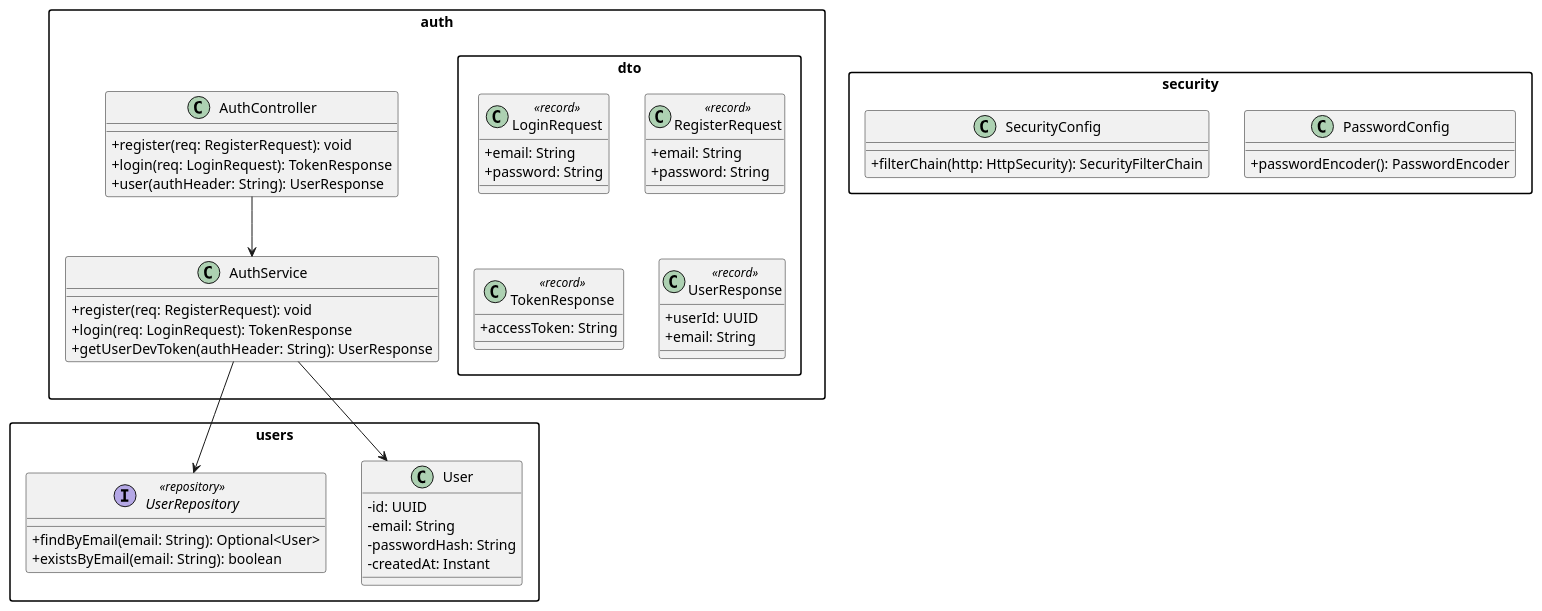
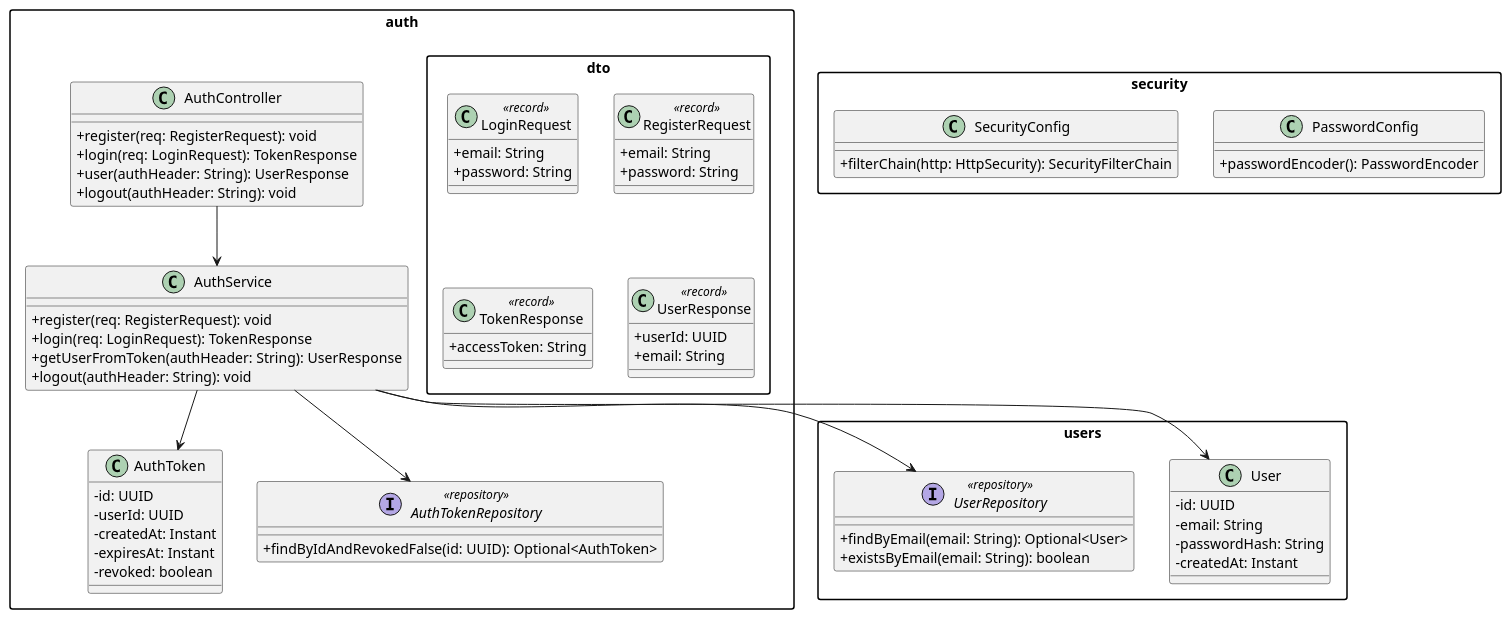
One commit to NicholasRamirez/mergedatingapp changed the diagram in mergedatingapp/src/documentation/MergeAuthUserSecurityClass.puml. Above: the diagram before and after it, drawn with PlantUML. The commit also changed 16 other files, not shown here.

Commit message:
Updated Token for login/logout for backend/frontend + Updated Documentation + Updated test classes

```diff
--- a/mergedatingapp/src/documentation/MergeAuthUserSecurityClass.puml
+++ b/mergedatingapp/src/documentation/MergeAuthUserSecurityClass.puml
@@ -1,64 +1,80 @@
 @startuml
 skinparam packageStyle rectangle
 skinparam classAttributeIconSize 0
 
 package "auth" {
   class AuthController {
     +register(req: RegisterRequest): void
     +login(req: LoginRequest): TokenResponse
     +user(authHeader: String): UserResponse
+    +logout(authHeader: String): void
   }
 
   class AuthService {
     +register(req: RegisterRequest): void
     +login(req: LoginRequest): TokenResponse
-    +getUserDevToken(authHeader: String): UserResponse
+    +getUserFromToken(authHeader: String): UserResponse
+    +logout(authHeader: String): void
+  }
+
+  class AuthToken {
+    -id: UUID
+    -userId: UUID
+    -createdAt: Instant
+    -expiresAt: Instant
+    -revoked: boolean
+  }
+
+  interface AuthTokenRepository <<repository>> {
+    +findByIdAndRevokedFalse(id: UUID): Optional<AuthToken>
   }
 
   package "dto" {
     class LoginRequest <<record>> {
       +email: String
       +password: String
     }
     class RegisterRequest <<record>> {
       +email: String
       +password: String
     }
     class TokenResponse <<record>> {
       +accessToken: String
     }
     class UserResponse <<record>> {
       +userId: UUID
       +email: String
     }
   }
 }
 
 package "users" {
   class User {
     -id: UUID
     -email: String
     -passwordHash: String
     -createdAt: Instant
   }
 
   interface UserRepository <<repository>> {
     +findByEmail(email: String): Optional<User>
     +existsByEmail(email: String): boolean
   }
 }
 
 package "security" {
   class PasswordConfig {
     +passwordEncoder(): PasswordEncoder
   }
 
   class SecurityConfig {
     +filterChain(http: HttpSecurity): SecurityFilterChain
   }
 }
 
 AuthController --> AuthService
 AuthService --> UserRepository
+AuthService --> AuthTokenRepository
 AuthService --> User
+AuthService --> AuthToken
 @enduml
```
